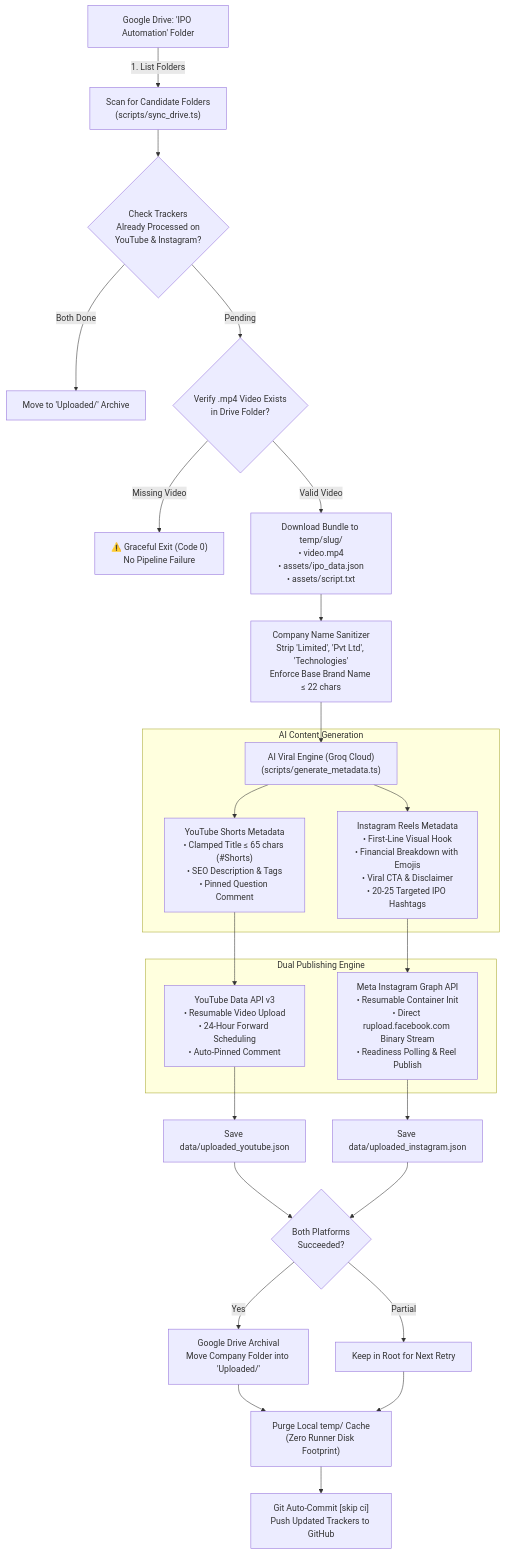
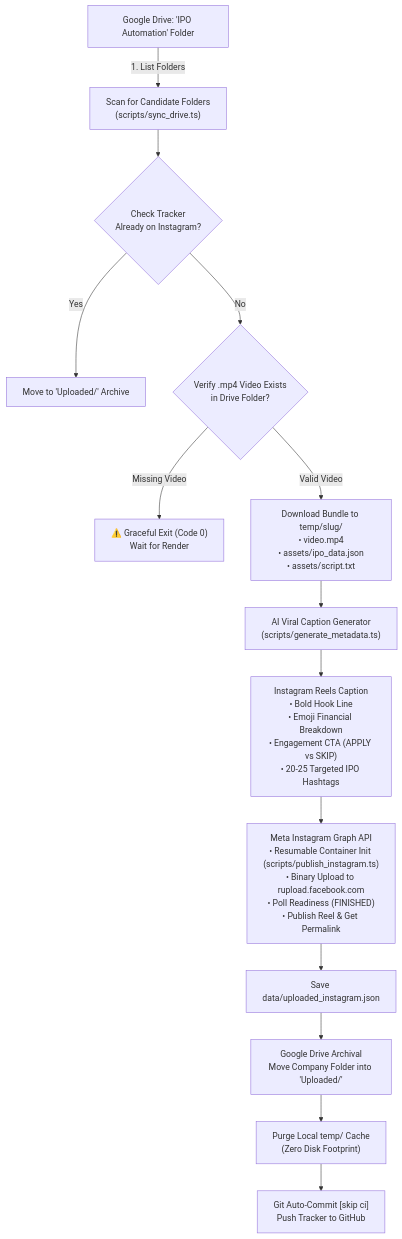
Before and after one commit to rajnishkumar13500/ig_schedular: the diagram in README.md, drawn with Mermaid. The commit also changed other lines of this file and 14 other files, not shown here.

Commit message:
feat: complete Instagram Reels automated publisher microservice

````diff
--- a/README.md
+++ b/README.md
@@ -16,35 +14,21 @@
 ```mermaid
 flowchart TD
     A["Google Drive: 'IPO Automation' Folder"] -->|1. List Folders| B["Scan for Candidate Folders\n(scripts/sync_drive.ts)"]
     
-    B --> C{"Check Trackers\nAlready Processed on\nYouTube & Instagram?"}
-    C -- Both Done --> D["Move to 'Uploaded/' Archive"]
-    C -- Pending --> E{"Verify .mp4 Video Exists\nin Drive Folder?"}
+    B --> C{"Check Tracker\nAlready on Instagram?"}
+    C -- Yes --> D["Move to 'Uploaded/' Archive"]
+    C -- No --> E{"Verify .mp4 Video Exists\nin Drive Folder?"}
     
-    E -- Missing Video --> F["⚠️ Graceful Exit (Code 0)\nNo Pipeline Failure"]
+    E -- Missing Video --> F["⚠️ Graceful Exit (Code 0)\nWait for Render"]
     E -- Valid Video --> G["Download Bundle to temp/slug/\n• video.mp4\n• assets/ipo_data.json\n• assets/script.txt"]
     
-    G --> H["Company Name Sanitizer\nStrip 'Limited', 'Pvt Ltd', 'Technologies'\nEnforce Base Brand Name ≤ 22 chars"]
+    G --> H["AI Viral Caption Generator\n(scripts/generate_metadata.ts)"]
+    H --> I["Instagram Reels Caption\n• Bold Hook Line\n• Emoji Financial Breakdown\n• Engagement CTA (APPLY vs SKIP)\n• 20-25 Targeted IPO Hashtags"]
     
-    H --> I["AI Viral Engine (Groq Cloud)\n(scripts/generate_metadata.ts)"]
+    I --> J["Meta Instagram Graph API\n• Resumable Container Init (scripts/publish_instagram.ts)\n• Binary Upload to rupload.facebook.com\n• Poll Readiness (FINISHED)\n• Publish Reel & Get Permalink"]
     
-    subgraph Multi_Platform_AI ["AI Content Generation"]
-        I --> J1["YouTube Shorts Metadata\n• Clamped Title ≤ 65 chars (#Shorts)\n• SEO Description & Tags\n• Pinned Question Comment"]
-        I --> J2["Instagram Reels Metadata\n• First-Line Visual Hook\n• Financial Breakdown with Emojis\n• Viral CTA & Disclaimer\n• 20-25 Targeted IPO Hashtags"]
-    end
-    
-    subgraph Dual_Publishing ["Dual Publishing Engine"]
-        J1 --> K1["YouTube Data API v3\n• Resumable Video Upload\n• 24-Hour Forward Scheduling\n• Auto-Pinned Comment"]
-        J2 --> K2["Meta Instagram Graph API\n• Resumable Container Init\n• Direct rupload.facebook.com Binary Stream\n• Readiness Polling & Reel Publish"]
-    end
-    
-    K1 --> L1["Save data/uploaded_youtube.json"]
-    K2 --> L2["Save data/uploaded_instagram.json"]
-    
-    L1 & L2 --> M{"Both Platforms\nSucceeded?"}
-    M -- Yes --> N["Google Drive Archival\nMove Company Folder into 'Uploaded/'"]
-    M -- Partial --> O["Keep in Root for Next Retry"]
-    
-    N & O --> P["Purge Local temp/ Cache\n(Zero Runner Disk Footprint)"]
-    P --> Q["Git Auto-Commit [skip ci]\nPush Updated Trackers to GitHub"]
+    J --> K["Save data/uploaded_instagram.json"]
+    K --> L["Google Drive Archival\nMove Company Folder into 'Uploaded/'"]
+    L --> M["Purge Local temp/ Cache\n(Zero Disk Footprint)"]
+    M --> N["Git Auto-Commit [skip ci]\nPush Tracker to GitHub"]
 ```
````
